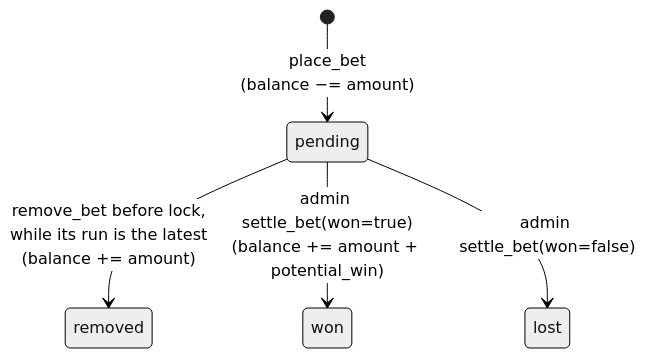
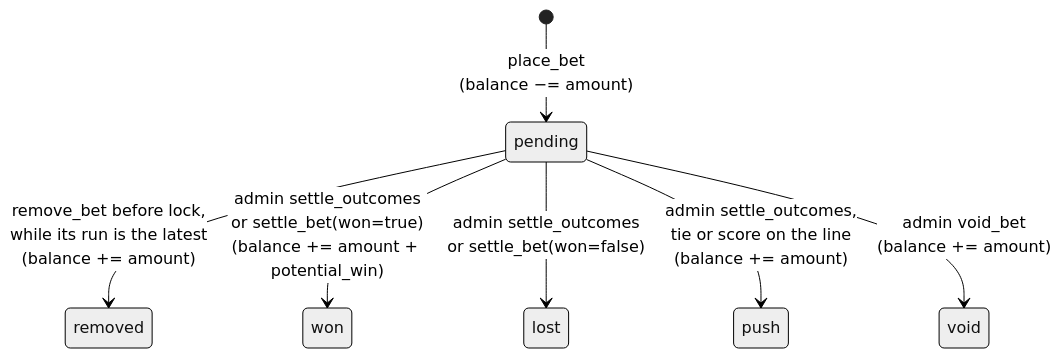
One commit to sfaizi24/TNCasino changed the second of 3 diagrams in docs/architecture/06-betting-lifecycle.md. Above: the diagram before and after it, drawn with Mermaid (neutral theme). The commit also changed other lines of this file and 3 other files, not shown here.

First line of the commit message:
Document settlement by market key, push and void

````diff
--- a/docs/architecture/06-betting-lifecycle.md
+++ b/docs/architecture/06-betting-lifecycle.md
@@ -25,7 +25,9 @@
 ```mermaid
 stateDiagram-v2
     [*] --> pending: place_bet<br/>(balance −= amount)
     pending --> removed: remove_bet before lock,<br/>while its run is the latest<br/>(balance += amount)
-    pending --> won: admin settle_bet(won=true)<br/>(balance += amount + potential_win)
-    pending --> lost: admin settle_bet(won=false)
+    pending --> won: admin settle_outcomes<br/>or settle_bet(won=true)<br/>(balance += amount + potential_win)
+    pending --> lost: admin settle_outcomes<br/>or settle_bet(won=false)
+    pending --> push: admin settle_outcomes,<br/>tie or score on the line<br/>(balance += amount)
+    pending --> void: admin void_bet<br/>(balance += amount)
 ```
````
